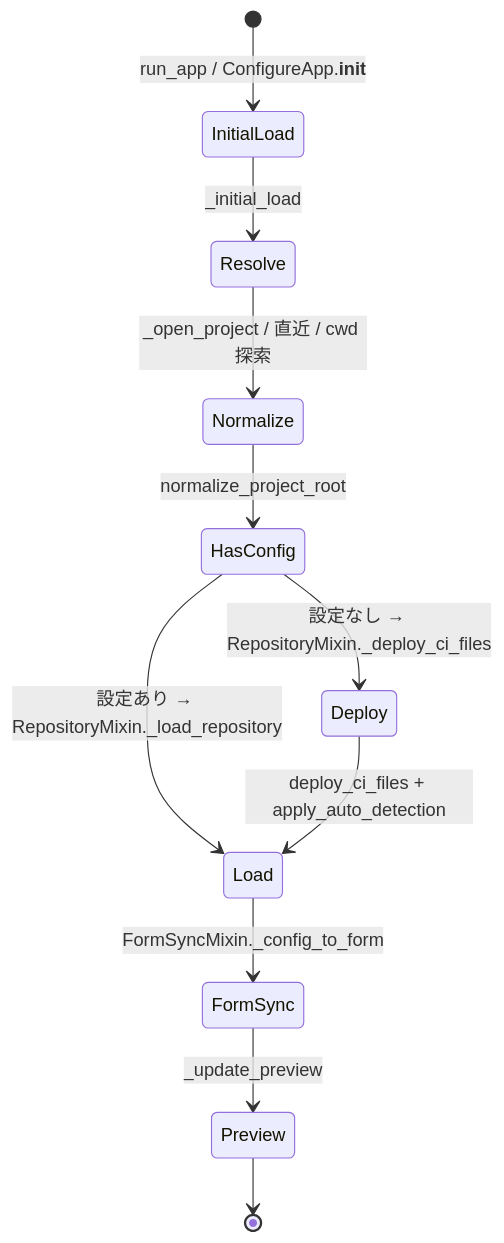
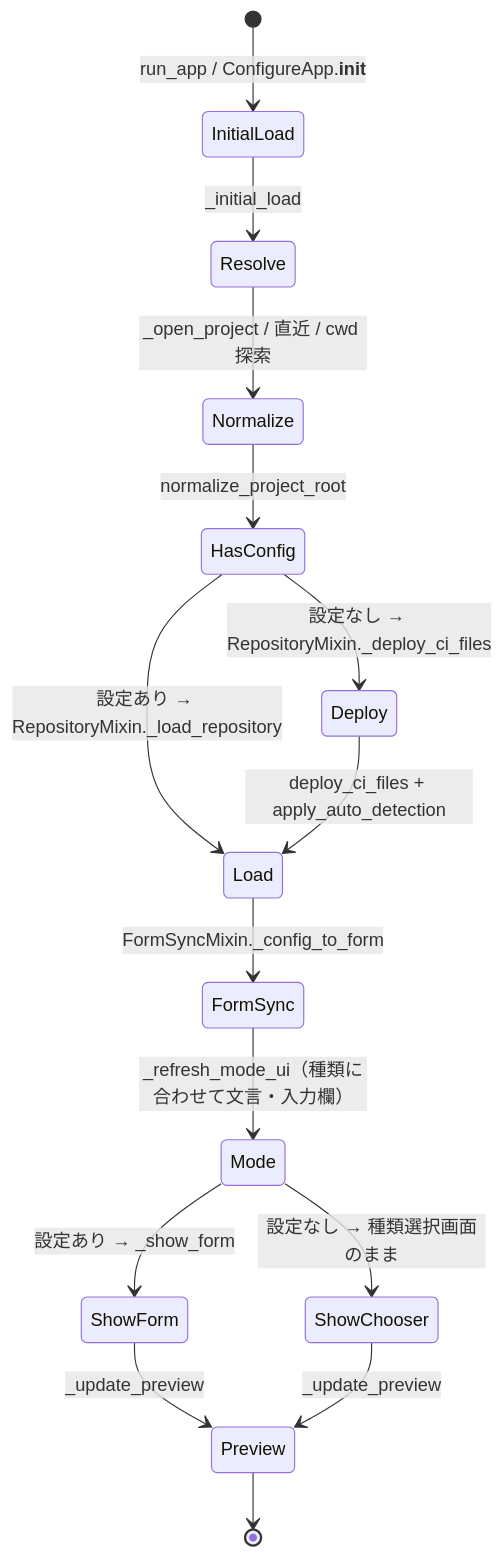
Before and after one commit to gt-ynakamatsu/ci-setup-tool: the fifth of 12 diagrams in docs/DESIGN.md, drawn with Mermaid. The commit also changed other lines of this file and 44 other files, not shown here.

````diff
--- a/docs/DESIGN.md
+++ b/docs/DESIGN.md
@@ -732,13 +752,17 @@
 ```mermaid
 stateDiagram-v2
     [*] --> InitialLoad: run_app / ConfigureApp.__init__
     InitialLoad --> Resolve: _initial_load
     Resolve --> Normalize: _open_project / 直近 / cwd 探索
     Normalize --> HasConfig: normalize_project_root
     HasConfig --> Deploy: 設定なし → RepositoryMixin._deploy_ci_files
     HasConfig --> Load: 設定あり → RepositoryMixin._load_repository
     Deploy --> Load: deploy_ci_files + apply_auto_detection
     Load --> FormSync: FormSyncMixin._config_to_form
-    FormSync --> Preview: _update_preview
+    FormSync --> Mode: _refresh_mode_ui（種類に合わせて文言・入力欄）
+    Mode --> ShowForm: 設定あり → _show_form
+    Mode --> ShowChooser: 設定なし → 種類選択画面のまま
+    ShowForm --> Preview: _update_preview
+    ShowChooser --> Preview: _update_preview
     Preview --> [*]
 ```
````
